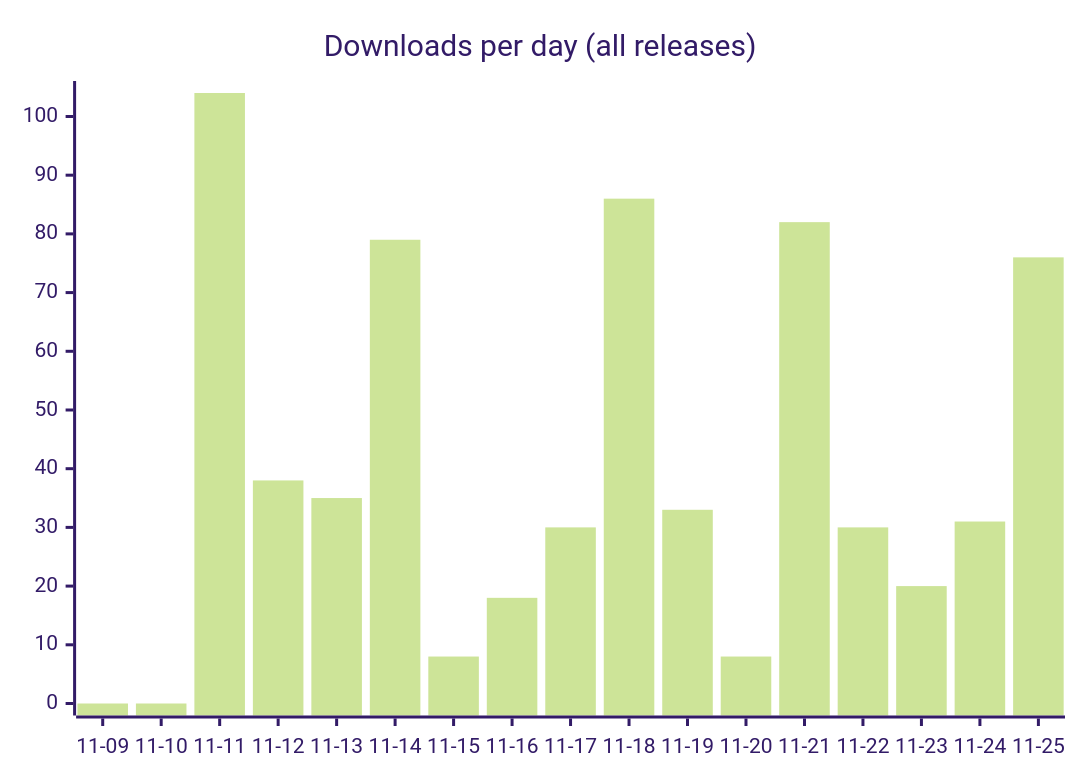
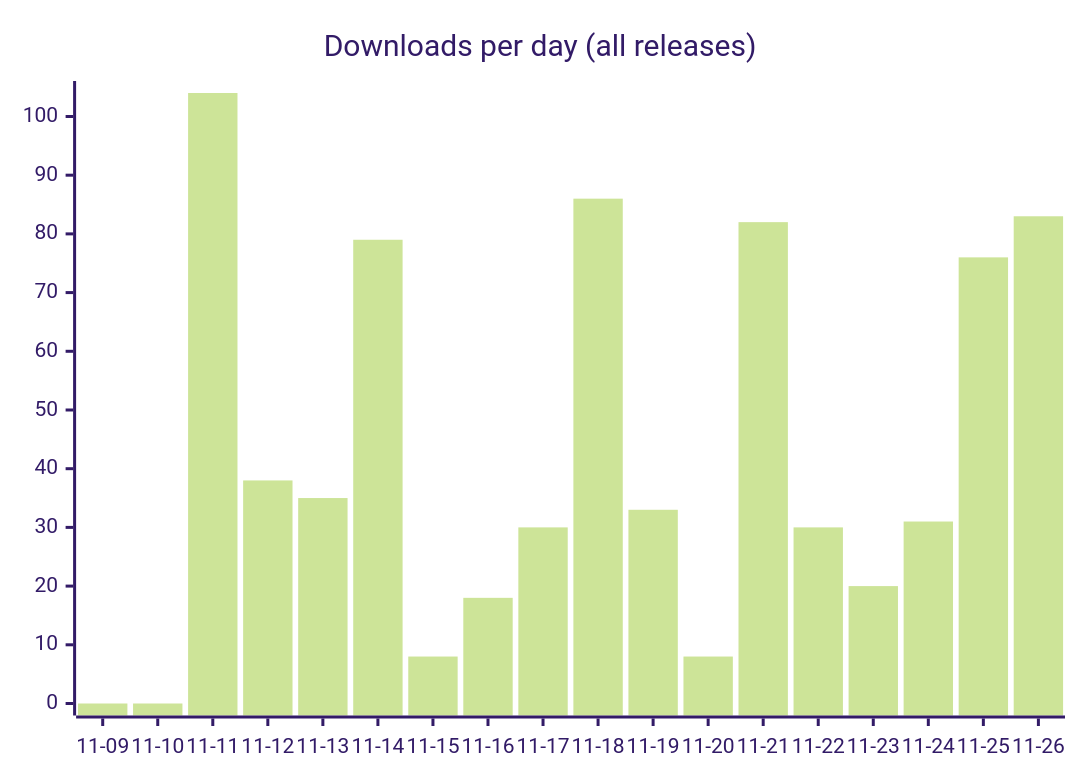
One commit to fmadore/Kalamu changed the first of 2 diagrams in README.md. Above: the diagram before and after it, drawn with Mermaid (forest theme). The commit also changed other lines of this file and 3 other files, not shown here.

````diff
--- a/README.md
+++ b/README.md
@@ -49,6 +49,6 @@
 ```mermaid
 xychart-beta
     title "Downloads per day (all releases)"
-    x-axis ["11-09", "11-10", "11-11", "11-12", "11-13", "11-14", "11-15", "11-16", "11-17", "11-18", "11-19", "11-20", "11-21", "11-22", "11-23", "11-24", "11-25"]
-    bar [0, 0, 104, 38, 35, 79, 8, 18, 30, 86, 33, 8, 82, 30, 20, 31, 76]
+    x-axis ["11-09", "11-10", "11-11", "11-12", "11-13", "11-14", "11-15", "11-16", "11-17", "11-18", "11-19", "11-20", "11-21", "11-22", "11-23", "11-24", "11-25", "11-26"]
+    bar [0, 0, 104, 38, 35, 79, 8, 18, 30, 86, 33, 8, 82, 30, 20, 31, 76, 83]
 ```
````
